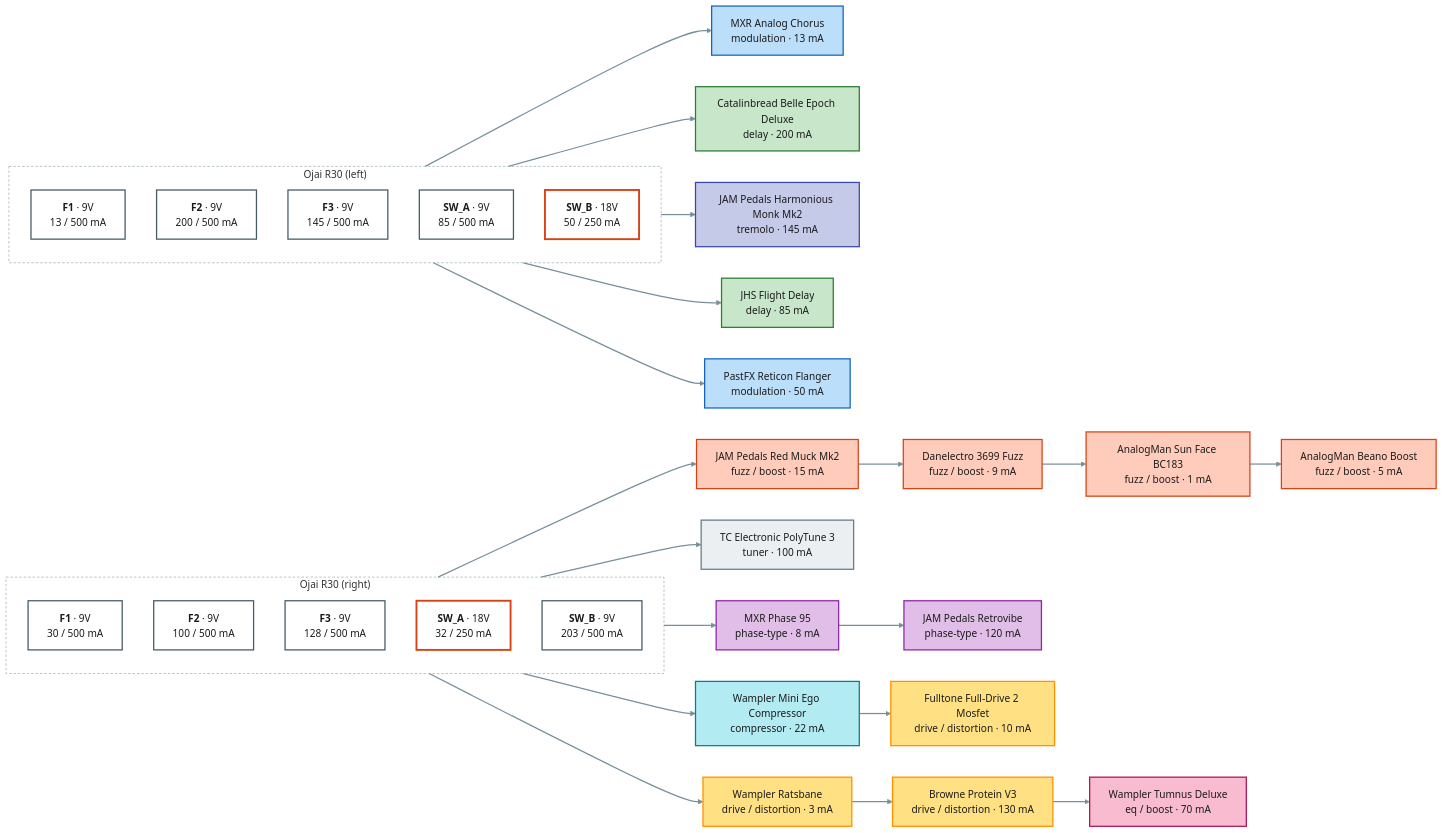
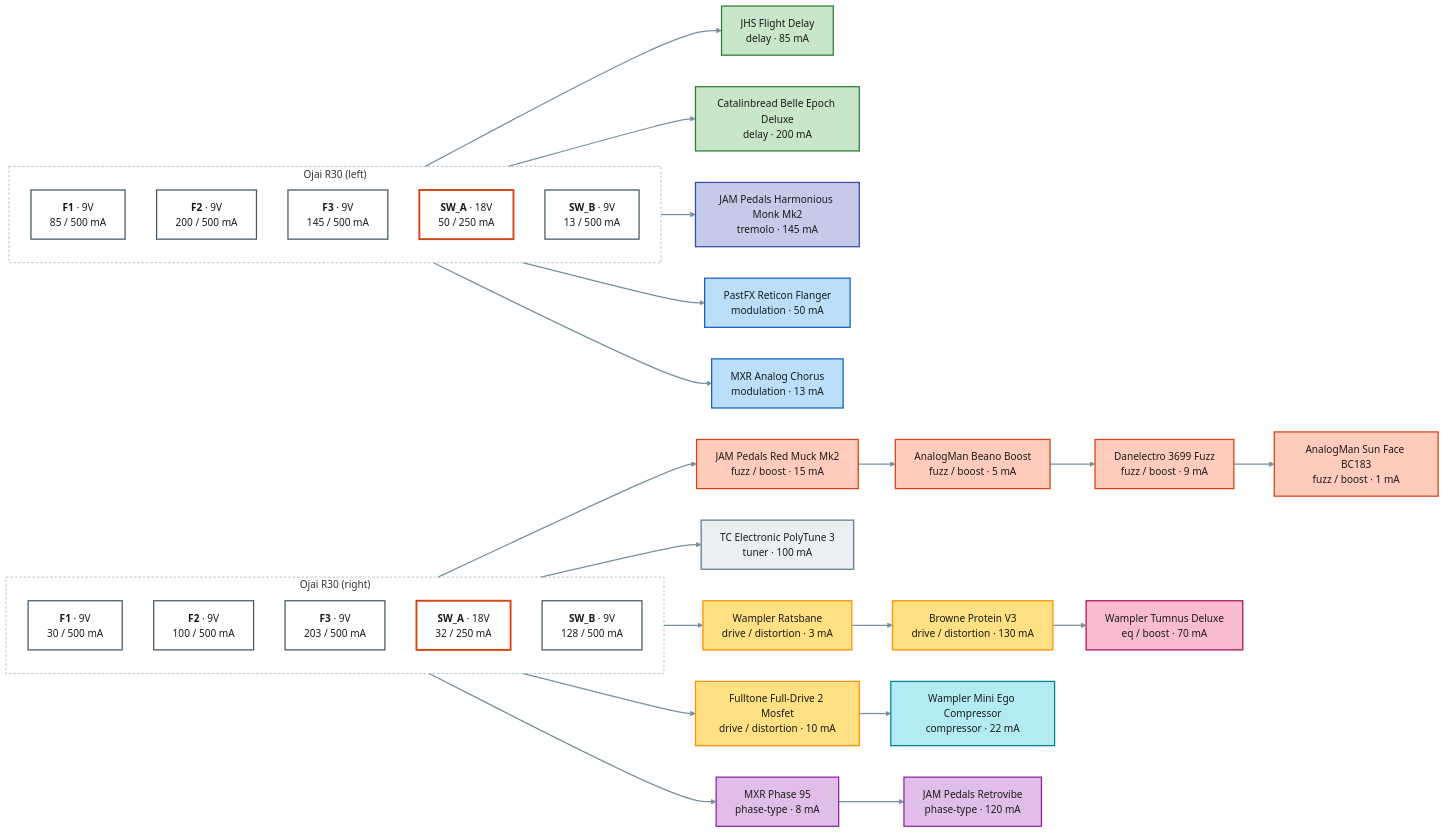
One commit to pedroacvieira/pedalboard changed the second of 2 diagrams in projects/guitar-gig/README.md. Above: the diagram before and after it, drawn with Mermaid (neutral theme). The commit also changed other lines of this file and 4 other files, not shown here.

````diff
--- a/projects/guitar-gig/README.md
+++ b/projects/guitar-gig/README.md
@@ -148,68 +148,68 @@
 ```mermaid
 flowchart LR
     subgraph psu1["Ojai R30 (left)"]
         direction TB
-        psu1_F1["<b>F1</b> · 9V<br/>13 / 500 mA"]:::out9
+        psu1_F1["<b>F1</b> · 9V<br/>85 / 500 mA"]:::out9
         psu1_F2["<b>F2</b> · 9V<br/>200 / 500 mA"]:::out9
         psu1_F3["<b>F3</b> · 9V<br/>145 / 500 mA"]:::out9
-        psu1_SW_A["<b>SW_A</b> · 9V<br/>85 / 500 mA"]:::out9
-        psu1_SW_B["<b>SW_B</b> · 18V<br/>50 / 250 mA"]:::out18
+        psu1_SW_A["<b>SW_A</b> · 18V<br/>50 / 250 mA"]:::out18
+        psu1_SW_B["<b>SW_B</b> · 9V<br/>13 / 500 mA"]:::out9
     end
     subgraph psu2["Ojai R30 (right)"]
         direction TB
         psu2_F1["<b>F1</b> · 9V<br/>30 / 500 mA"]:::out9
         psu2_F2["<b>F2</b> · 9V<br/>100 / 500 mA"]:::out9
-        psu2_F3["<b>F3</b> · 9V<br/>128 / 500 mA"]:::out9
+        psu2_F3["<b>F3</b> · 9V<br/>203 / 500 mA"]:::out9
         psu2_SW_A["<b>SW_A</b> · 18V<br/>32 / 250 mA"]:::out18
-        psu2_SW_B["<b>SW_B</b> · 9V<br/>203 / 500 mA"]:::out9
+        psu2_SW_B["<b>SW_B</b> · 9V<br/>128 / 500 mA"]:::out9
     end
-    analog_chorus["MXR Analog Chorus<br/>modulation · 13 mA"]:::c_modulation
+    flight_delay["JHS Flight Delay<br/>delay · 85 mA"]:::c_delay
     belle_epoch["Catalinbread Belle Epoch Deluxe<br/>delay · 200 mA"]:::c_delay
     monk["JAM Pedals Harmonious Monk Mk2<br/>tremolo · 145 mA"]:::c_tremolo
-    flight_delay["JHS Flight Delay<br/>delay · 85 mA"]:::c_delay
     reticon["PastFX Reticon Flanger<br/>modulation · 50 mA"]:::c_modulation
+    analog_chorus["MXR Analog Chorus<br/>modulation · 13 mA"]:::c_modulation
     red_muck["JAM Pedals Red Muck Mk2<br/>fuzz / boost · 15 mA"]:::c_fuzz___boost
+    beano["AnalogMan Beano Boost<br/>fuzz / boost · 5 mA"]:::c_fuzz___boost
     danelectro_3699["Danelectro 3699 Fuzz<br/>fuzz / boost · 9 mA"]:::c_fuzz___boost
     sun_face["AnalogMan Sun Face BC183<br/>fuzz / boost · 1 mA"]:::c_fuzz___boost
-    beano["AnalogMan Beano Boost<br/>fuzz / boost · 5 mA"]:::c_fuzz___boost
     polytune_3["TC Electronic PolyTune 3<br/>tuner · 100 mA"]:::c_tuner
-    phase_95["MXR Phase 95<br/>phase-type · 8 mA"]:::c_phase_type
-    retrovibe["JAM Pedals Retrovibe<br/>phase-type · 120 mA"]:::c_phase_type
-    mini_ego["Wampler Mini Ego Compressor<br/>compressor · 22 mA"]:::c_compressor
-    fulldrive_2["Fulltone Full-Drive 2 Mosfet<br/>drive / distortion · 10 mA"]:::c_drive___distortion
     ratsbane["Wampler Ratsbane<br/>drive / distortion · 3 mA"]:::c_drive___distortion
     protein["Browne Protein V3<br/>drive / distortion · 130 mA"]:::c_drive___distortion
     tumnus_deluxe["Wampler Tumnus Deluxe<br/>eq / boost · 70 mA"]:::c_eq___boost
-    psu1_F1 --> analog_chorus
+    fulldrive_2["Fulltone Full-Drive 2 Mosfet<br/>drive / distortion · 10 mA"]:::c_drive___distortion
+    mini_ego["Wampler Mini Ego Compressor<br/>compressor · 22 mA"]:::c_compressor
+    phase_95["MXR Phase 95<br/>phase-type · 8 mA"]:::c_phase_type
+    retrovibe["JAM Pedals Retrovibe<br/>phase-type · 120 mA"]:::c_phase_type
+    psu1_F1 --> flight_delay
     psu1_F2 --> belle_epoch
     psu1_F3 --> monk
-    psu1_SW_A --> flight_delay
-    psu1_SW_B --> reticon
+    psu1_SW_A --> reticon
+    psu1_SW_B --> analog_chorus
     psu2_F1 --> red_muck
-    red_muck --> danelectro_3699
+    red_muck --> beano
+    beano --> danelectro_3699
     danelectro_3699 --> sun_face
-    sun_face --> beano
     psu2_F2 --> polytune_3
-    psu2_F3 --> phase_95
-    phase_95 --> retrovibe
-    psu2_SW_A --> mini_ego
-    mini_ego --> fulldrive_2
-    psu2_SW_B --> ratsbane
+    psu2_F3 --> ratsbane
     ratsbane --> protein
     protein --> tumnus_deluxe
+    psu2_SW_A --> fulldrive_2
+    fulldrive_2 --> mini_ego
+    psu2_SW_B --> phase_95
+    phase_95 --> retrovibe
     classDef out9 fill:#ffffff,stroke:#455a64,stroke-width:2px,color:#1b1b1b
     classDef out18 fill:#ffffff,stroke:#d84315,stroke-width:3px,color:#1b1b1b
     classDef spare fill:#fafafa,stroke:#9e9e9e,stroke-dasharray:4 3,color:#757575
     classDef c_tuner fill:#eceff1,stroke:#607d8b,stroke-width:2px,color:#1b1b1b
     classDef c_compressor fill:#b2ebf2,stroke:#00838f,stroke-width:2px,color:#1b1b1b
     classDef c_fuzz___boost fill:#ffccbc,stroke:#d84315,stroke-width:2px,color:#1b1b1b
     classDef c_drive___distortion fill:#ffe082,stroke:#ff8f00,stroke-width:2px,color:#1b1b1b
     classDef c_phase_type fill:#e1bee7,stroke:#8e24aa,stroke-width:2px,color:#1b1b1b
     classDef c_modulation fill:#bbdefb,stroke:#1565c0,stroke-width:2px,color:#1b1b1b
     classDef c_tremolo fill:#c5cae9,stroke:#3949ab,stroke-width:2px,color:#1b1b1b
     classDef c_delay fill:#c8e6c9,stroke:#2e7d32,stroke-width:2px,color:#1b1b1b
     classDef c_eq___boost fill:#f8bbd0,stroke:#ad1457,stroke-width:2px,color:#1b1b1b
     style psu1 fill:none,stroke:#90a4ae,stroke-dasharray:4 3
     style psu2 fill:none,stroke:#90a4ae,stroke-dasharray:4 3
     linkStyle default stroke:#78909c,stroke-width:2px
 ```
````
